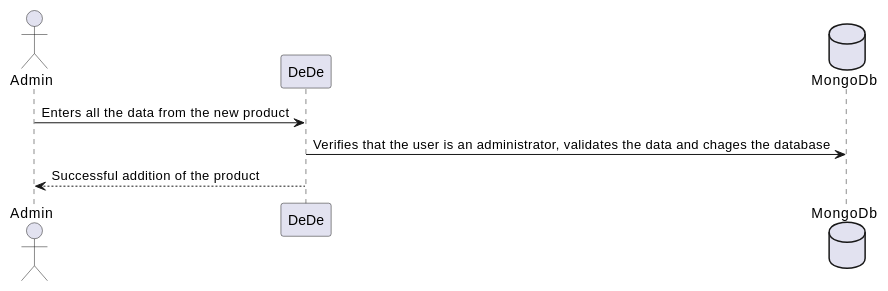
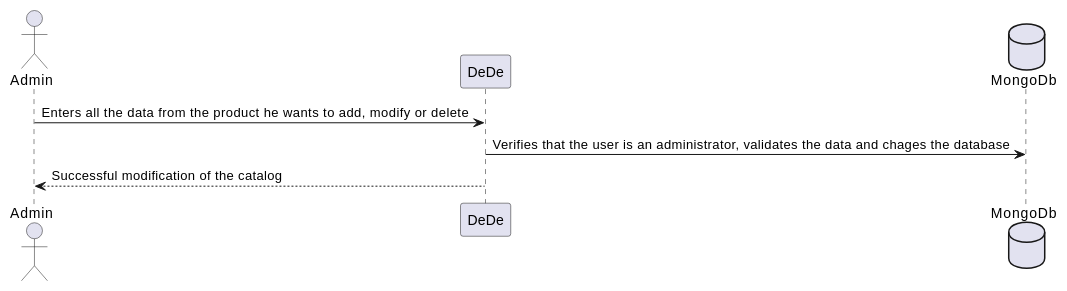
One commit to Arquisoft/Arquisoft-dede_es_04a changed the fifth of 6 diagrams in docs/06_runtime_view.adoc. Above: the diagram before and after it, drawn with PlantUML. The commit also changed other lines of this file, not shown here.

Commit message:
Modificada la vista añadir
Se cambio la vista añadir a una vista modificar catalogo para englobar las diferentes acciones que puede llevar a cabo el administrador respecto a la adición modificacion o eliminacion de algun articulo del catalogo

```diff
--- a/docs/06_runtime_view.adoc
+++ b/docs/06_runtime_view.adoc
@@ -95,11 +95,11 @@
-[plantuml,"AdminAdd",png]
+[plantuml,"AdminModify",png]
 ----
 @startuml
 actor Admin
 participant DeDe
 database MongoDb
-Admin -> DeDe: Enters all the data from the new product
+Admin -> DeDe: Enters all the data from the product he wants to add, modify or delete
 DeDe -> MongoDb: Verifies that the user is an administrator, validates the data and chages the database
-DeDe --> Admin: Successful addition of the product
+DeDe --> Admin: Successful modification of the catalog
 @enduml
 ----
```
